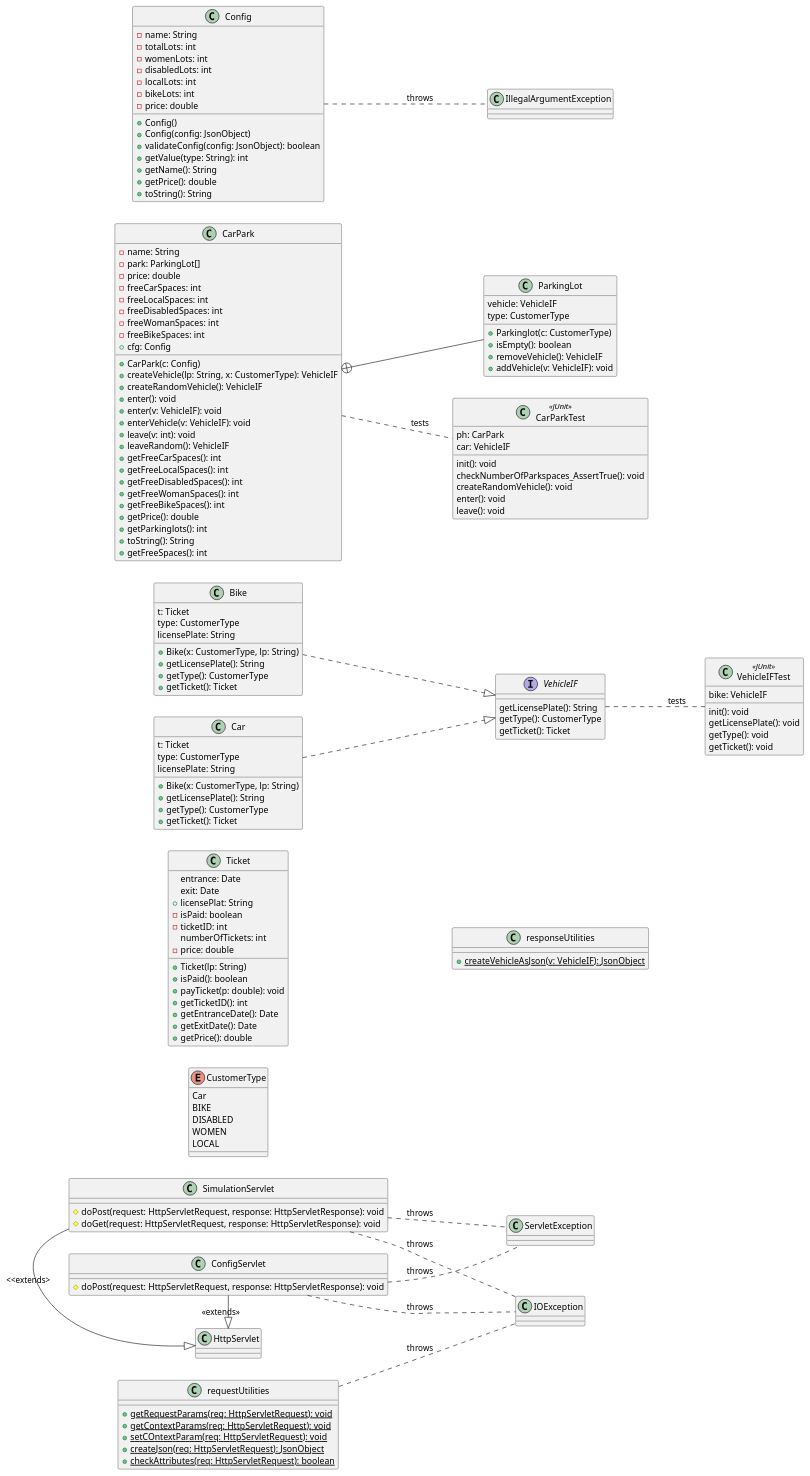
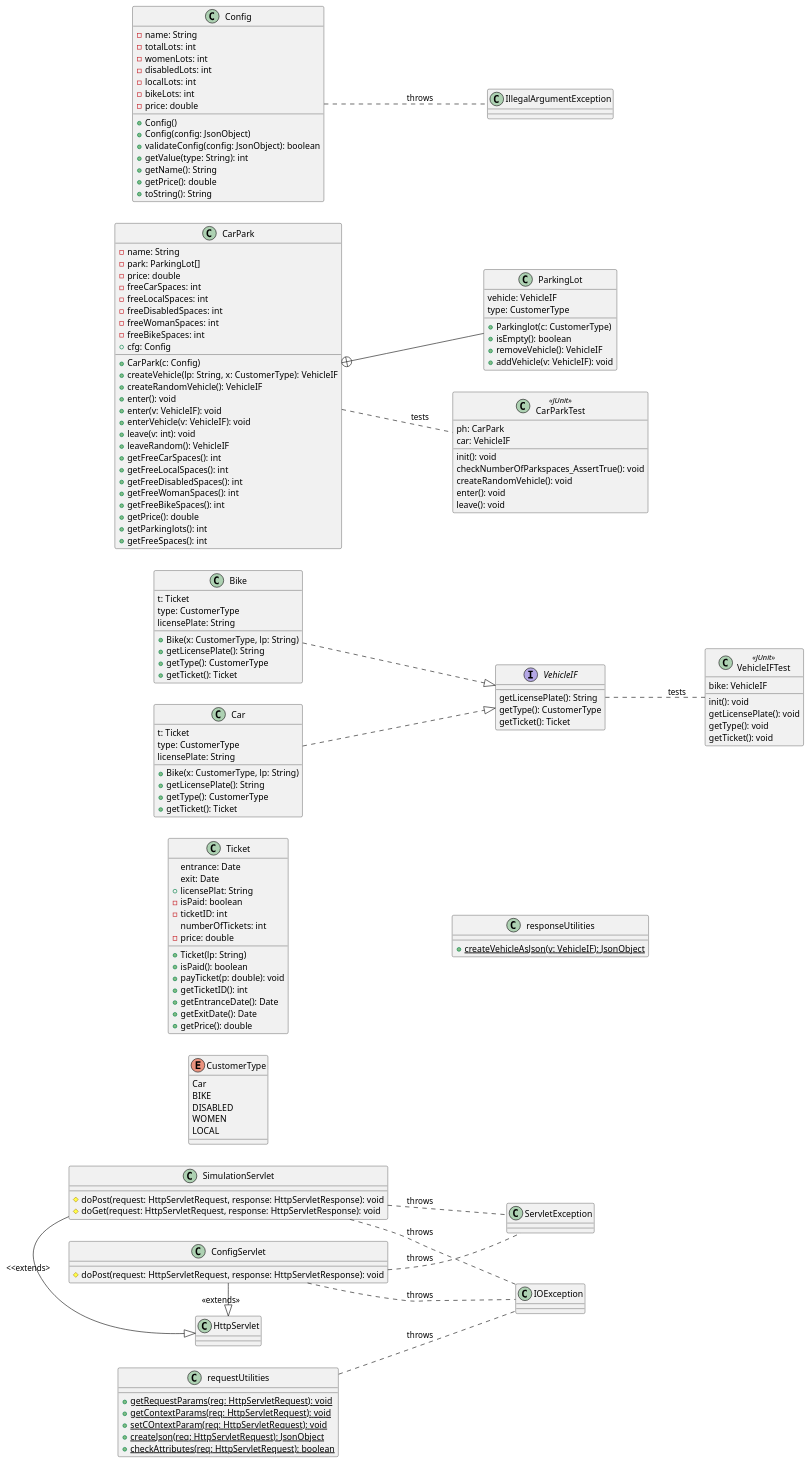
The diagram in UML/ParkhausClass.puml (jhausin/ParkhausSE1), drawn with PlantUML before and after one commit. The commit also changed 5 other files, not shown here.

Commit message:
added UtilitieTests and changed UML Class Diagram

```diff
--- a/UML/ParkhausClass.puml
+++ b/UML/ParkhausClass.puml
@@ -5,191 +5,190 @@
 @startuml
 left to right direction
 
 class ConfigServlet{
     #doPost(request: HttpServletRequest, response: HttpServletResponse): void
 }
 
 class SimulationServlet{
     #doPost(request: HttpServletRequest, response: HttpServletResponse): void
     #doGet(request: HttpServletRequest, response: HttpServletResponse): void
 }
 
 interface VehicleIF{
     getLicensePlate(): String
     getType(): CustomerType
     getTicket(): Ticket
 }
 
 class Bike{
 
     t: Ticket
     type: CustomerType
     licensePlate: String
 
     +Bike(x: CustomerType, lp: String)
     +getLicensePlate(): String
     +getType(): CustomerType
     +getTicket(): Ticket
 }
 
 
 class Car{
         t: Ticket
         type: CustomerType
         licensePlate: String
 
         +Bike(x: CustomerType, lp: String)
         +getLicensePlate(): String
         +getType(): CustomerType
         +getTicket(): Ticket
 }
 
 class CarPark{
     -name: String
     -park: ParkingLot[]
     -price: double
     -freeCarSpaces: int
     -freeLocalSpaces: int
     -freeDisabledSpaces: int
     -freeWomanSpaces: int
     -freeBikeSpaces: int
     +cfg: Config
 
     +CarPark(c: Config)
     +createVehicle(lp: String, x: CustomerType): VehicleIF
     +createRandomVehicle(): VehicleIF
     +enter(): void
     +enter(v: VehicleIF): void
     +enterVehicle(v: VehicleIF): void
     +leave(v: int): void
     +leaveRandom(): VehicleIF
     +getFreeCarSpaces(): int
     +getFreeLocalSpaces(): int
     +getFreeDisabledSpaces(): int
     +getFreeWomanSpaces(): int
     +getFreeBikeSpaces(): int
     +getPrice(): double
     +getParkinglots(): int
-    +toString(): String
     +getFreeSpaces(): int
 
 }
 
 class ParkingLot{
     vehicle: VehicleIF
     type: CustomerType
 
     +Parkinglot(c: CustomerType)
     +isEmpty(): boolean
     +removeVehicle(): VehicleIF
     +addVehicle(v: VehicleIF): void
 }
 
 
 class Config{
     -name: String
     -totalLots: int
     -womenLots: int
     -disabledLots: int
     -localLots: int
     -bikeLots: int
     -price: double
 
     +Config()
     +Config(config: JsonObject)
     +validateConfig(config: JsonObject): boolean
     +getValue(type: String): int
     +getName(): String
     +getPrice(): double
     +toString(): String
 }
 
 class Ticket{
     entrance: Date
     exit: Date
     +licensePlat: String
     -isPaid: boolean
     -ticketID: int
     numberOfTickets: int
     -price: double
 
     +Ticket(lp: String)
     +isPaid(): boolean
     +payTicket(p: double): void
     +getTicketID(): int
     +getEntranceDate(): Date
     +getExitDate(): Date
     +getPrice(): double
 
 }
 
 enum CustomerType{
     Car
     BIKE
     DISABLED
     WOMEN
     LOCAL
 }
 
 class requestUtilities{
     {static}+getRequestParams(req: HttpServletRequest): void
     {static}+getContextParams(req: HttpServletRequest): void
     {static}+setCOntextParam(req: HttpServletRequest): void
     {static}+createJson(req: HttpServletRequest): JsonObject
     {static}+checkAttributes(req: HttpServletRequest): boolean
 }
 
 class responseUtilities{
     {static}+createVehicleAsJson(v: VehicleIF): JsonObject
 }
 
 class CarParkTest <<JUnit>>{
     ph: CarPark
     car: VehicleIF
 
     init(): void
     checkNumberOfParkspaces_AssertTrue(): void
     createRandomVehicle(): void
     enter(): void
     leave(): void
 
 
 }
 
 class VehicleIFTest <<JUnit>>{
     bike: VehicleIF
 
     init(): void
     getLicensePlate(): void
     getType(): void
     getTicket(): void
 }
 
 class ServletException
 class IOException
 class IllegalArgumentException
 class HttpServlet
 
 
 ConfigServlet .. ServletException : throws
 ConfigServlet .. IOException : throws
 ConfigServlet -|> HttpServlet : <<extends>>
 
 SimulationServlet .. ServletException: throws
 SimulationServlet .. IOException: throws
 SimulationServlet -|> HttpServlet: <<extends>
 
 requestUtilities .. IOException: throws
 
 Config .. IllegalArgumentException: throws
 
 Bike ..|> VehicleIF
 Car ..|> VehicleIF
 
 CarPark +-- ParkingLot
 
 VehicleIF .. VehicleIFTest: tests
 CarPark .. CarParkTest: tests
 
 
 @enduml
```
